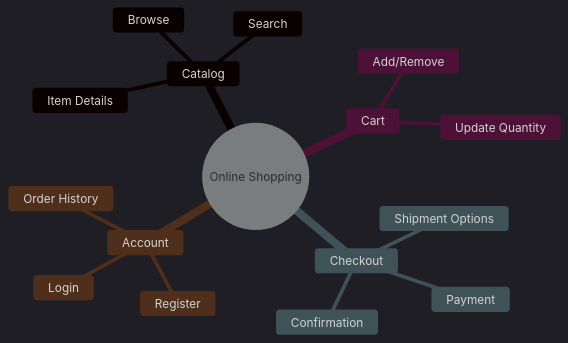
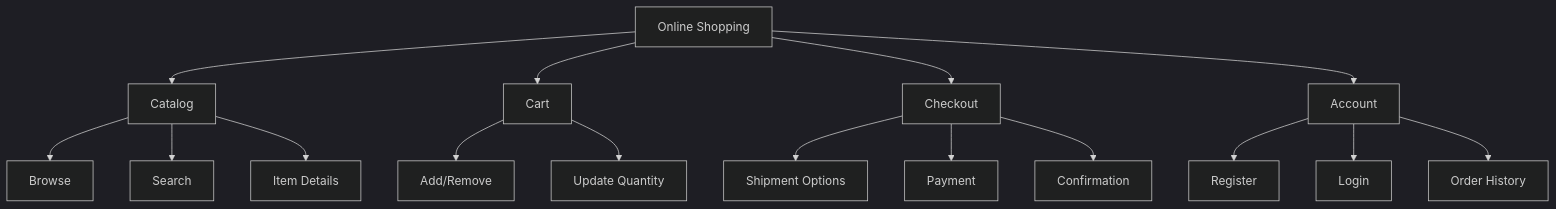
The third of 4 diagrams in 02_chapter3to5_models_and_spec.md (Attash2312/SRE), drawn with Mermaid (dark theme) before and after one commit. The commit also changed 3 other files, not shown here.

````diff
--- a/02_chapter3to5_models_and_spec.md
+++ b/02_chapter3to5_models_and_spec.md
@@ -32,19 +32,22 @@
 ```mermaid
-mindmap
-  root((Online Shopping))
-    Catalog
-      Browse
-      Search
-      Item Details
-    Cart
-      Add/Remove
-      Update Quantity
-    Checkout
-      Shipment Options
-      Payment
-      Confirmation
-    Account
-      Register
-      Login
-      Order History
+flowchart TB
+  Root[Online Shopping]
+  Root --> Catalog[Catalog]
+  Catalog --> Browse[Browse]
+  Catalog --> Search[Search]
+  Catalog --> Details[Item Details]
+
+  Root --> Cart[Cart]
+  Cart --> AddRemove[Add/Remove]
+  Cart --> UpdateQty[Update Quantity]
+
+  Root --> Checkout[Checkout]
+  Checkout --> Ship[Shipment Options]
+  Checkout --> Pay[Payment]
+  Checkout --> Confirm[Confirmation]
+
+  Root --> Account[Account]
+  Account --> Register[Register]
+  Account --> Login[Login]
+  Account --> History[Order History]
 ```
````
